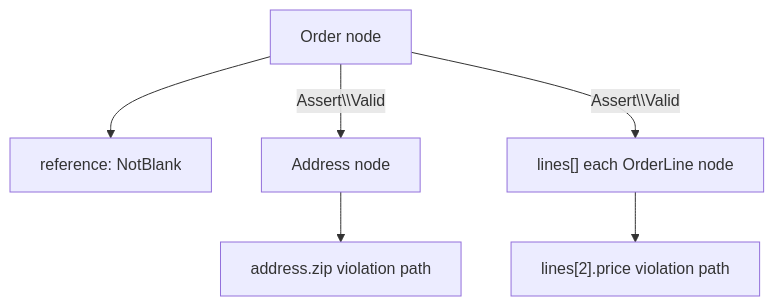
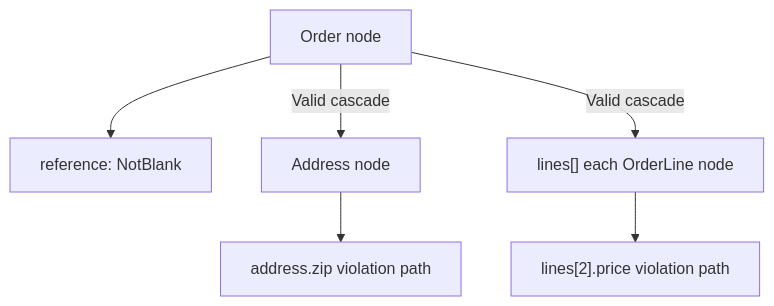
The diagram in docs/validation/scopes.md (jasseryah-mazars/Sf-8.0), drawn with Mermaid before and after one commit. The commit also changed 105 other files, not shown here.

````diff
--- a/docs/validation/scopes.md
+++ b/docs/validation/scopes.md
@@ -69,8 +69,8 @@
 ```mermaid
 flowchart TD
     O[Order node] --> R[reference: NotBlank]
-    O -->|Assert\\Valid| A[Address node]
-    O -->|Assert\\Valid| L["lines[] each OrderLine node"]
+    O -->|Valid cascade| A[Address node]
+    O -->|Valid cascade| L["lines[] each OrderLine node"]
     A --> AZ["address.zip violation path"]
     L --> LP["lines[2].price violation path"]
 ```
````
